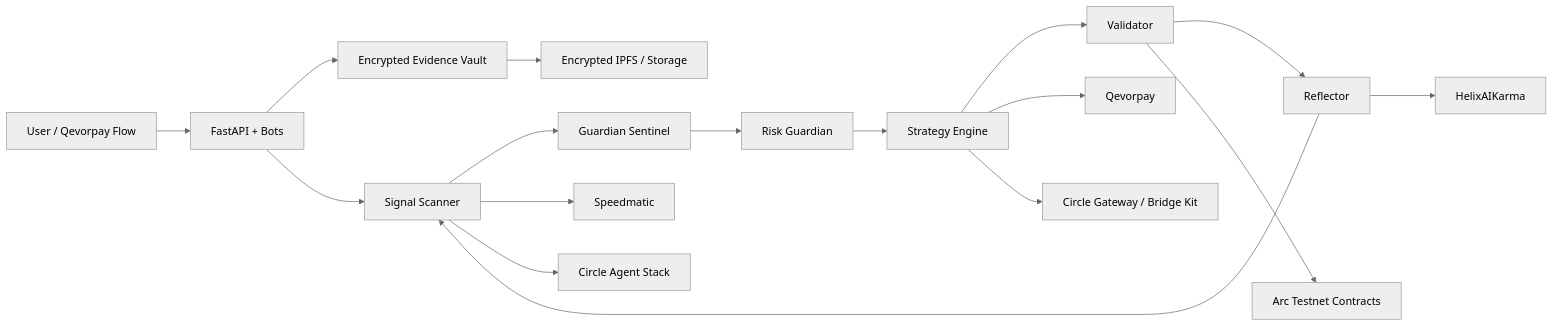
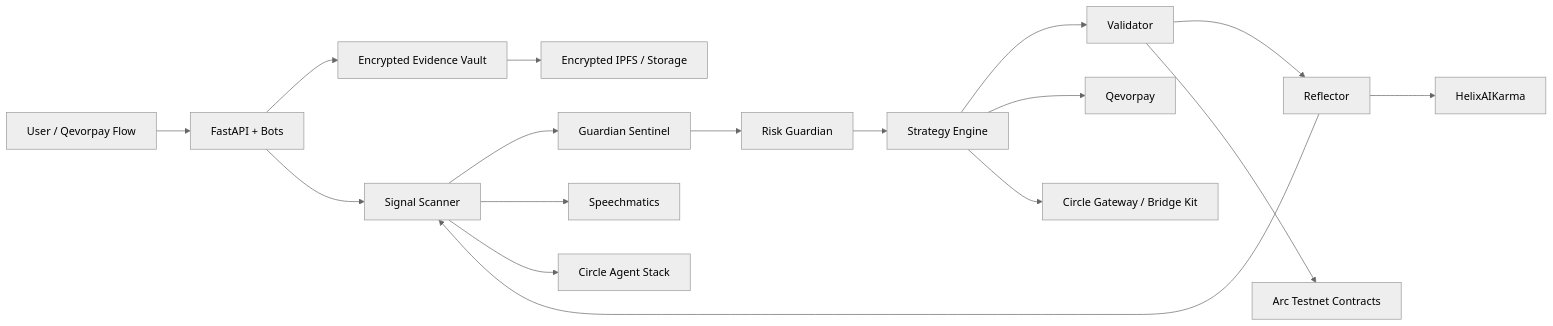
Before and after one commit to Qevor/Notary: the diagram in README.md, drawn with Mermaid (neutral theme). The commit also changed other lines of this file and 15 other files, not shown here.

````diff
--- a/README.md
+++ b/README.md
@@ -51,20 +51,20 @@
 ```mermaid
 flowchart LR
   User[User / Qevorpay Flow] --> API[FastAPI + Bots]
   API --> Vault[Encrypted Evidence Vault]
   API --> Scanner[Signal Scanner]
   Scanner --> Sentinel[Guardian Sentinel]
   Sentinel --> Risk[Risk Guardian]
   Risk --> Strategy[Strategy Engine]
   Strategy --> Validator[Validator]
   Validator --> Reflector[Reflector]
   Reflector --> Scanner
 
-  Scanner --> Speedmatic[Speedmatic]
+  Scanner --> Speechmatics[Speechmatics]
   Scanner --> Circle[Circle Agent Stack]
   Strategy --> Qevorpay[Qevorpay]
   Strategy --> Gateway[Circle Gateway / Bridge Kit]
   Validator --> Arc[Arc Testnet Contracts]
   Vault --> PrivateStorage[Encrypted IPFS / Storage]
   Reflector --> Karma[HelixAIKarma]
 ```
````
